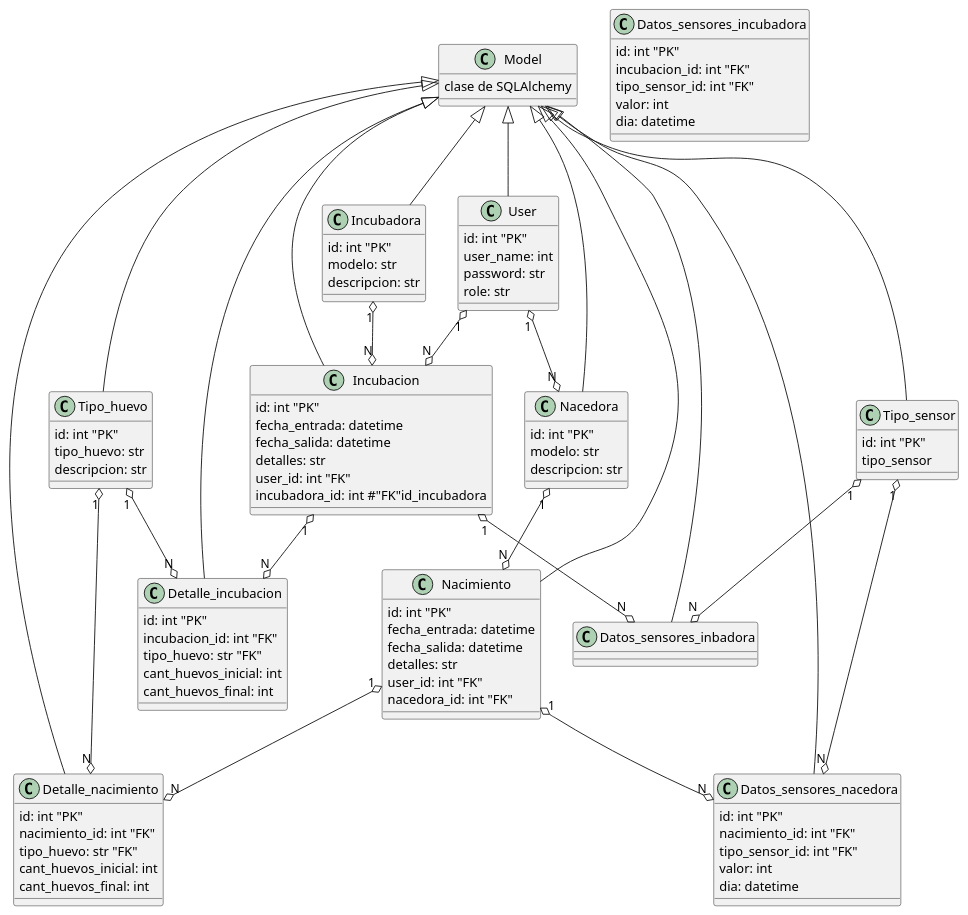
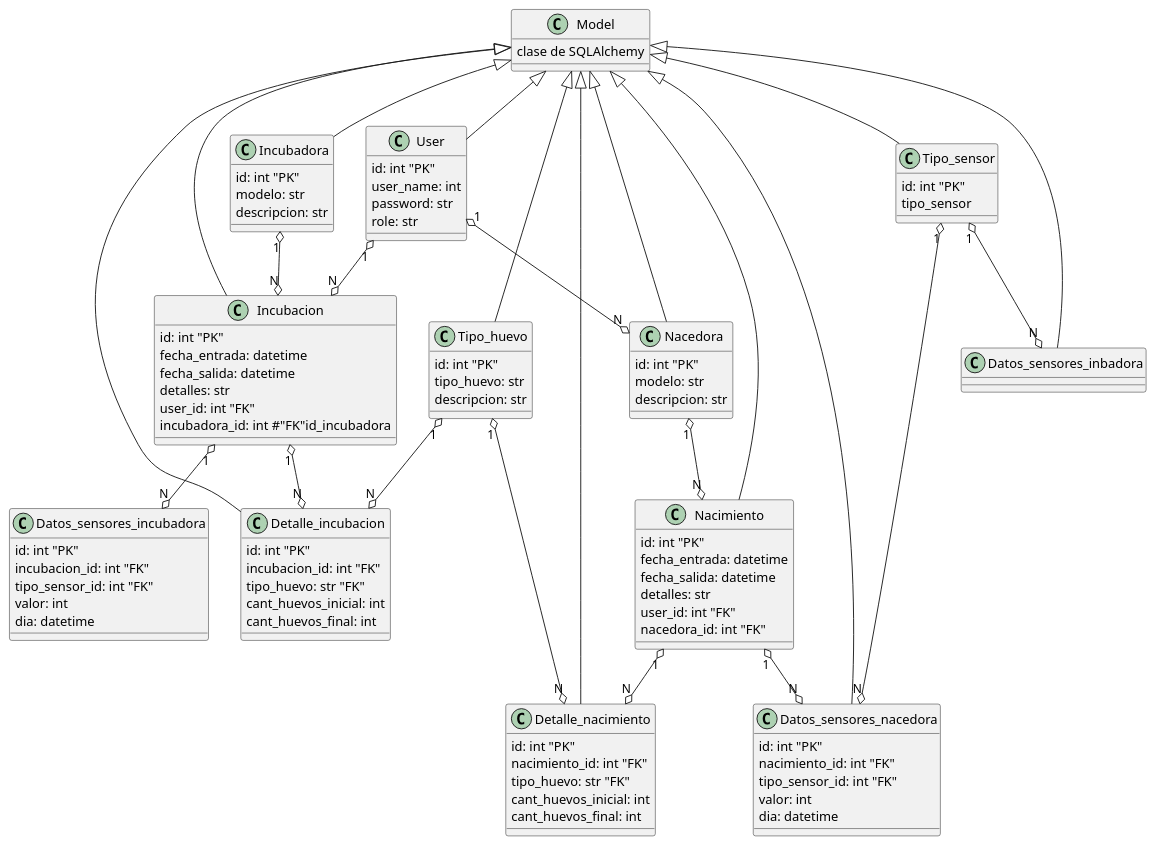
Before and after one commit to emisorato1/incubadora: the diagram in docs/diagrama_1.puml, drawn with PlantUML. The commit also changed 19 other files, not shown here.

```diff
--- a/docs/diagrama_1.puml
+++ b/docs/diagrama_1.puml
@@ -1,112 +1,112 @@
 @startuml Diagram de Clases
 class Model {
  clase de SQLAlchemy
 }
 
 Class User {
     id: int "PK"
     user_name: int
     password: str 
     role: str
 }
 
 Class Incubacion {
     id: int "PK"
     fecha_entrada: datetime 
     fecha_salida: datetime 
     detalles: str 
     user_id: int "FK"
     incubadora_id: int #"FK"id_incubadora
 }
 
 Class Incubadora {
     id: int "PK"
     modelo: str 
     descripcion: str
 }
 
 class Detalle_incubacion {
     id: int "PK"
     incubacion_id: int "FK"
     tipo_huevo: str "FK"
     cant_huevos_inicial: int 
     cant_huevos_final: int 
 }
 
 Class Datos_sensores_incubadora {
     id: int "PK"
     incubacion_id: int "FK"
     tipo_sensor_id: int "FK"
     valor: int
     dia: datetime
 }
 
 Class Tipo_sensor {
     id: int "PK"
     tipo_sensor
 }
 
 Class Tipo_huevo {
     id: int "PK"
     tipo_huevo: str
     descripcion: str
 }
 
 Class Nacimiento {
     id: int "PK"
     fecha_entrada: datetime 
     fecha_salida: datetime 
     detalles: str 
     user_id: int "FK"
     nacedora_id: int "FK"
 }
 
 Class Nacedora {
     id: int "PK"
     modelo: str 
     descripcion: str
 }
 
 class Detalle_nacimiento {
     id: int "PK"
     nacimiento_id: int "FK"
     tipo_huevo: str "FK"
     cant_huevos_inicial: int 
     cant_huevos_final: int 
 }
 
 Class Datos_sensores_nacedora {
     id: int "PK"
     nacimiento_id: int "FK"
     tipo_sensor_id: int "FK"
     valor: int
     dia: datetime
 }
 
 Model <|-- User
 Model <|-- Incubacion
 Model <|-- Incubadora
 Model <|-- Detalle_incubacion
 Model <|-- Datos_sensores_inbadora
 Model <|-- Tipo_sensor
 Model <|-- Tipo_huevo
 Model <|-- Nacimiento
 Model <|-- Nacedora
 Model <|-- Detalle_nacimiento
 Model <|-- Datos_sensores_nacedora
 
 User "1" o--o "N" Incubacion
 Incubadora "1" o--o "N" Incubacion
 Incubacion "1" o--o "N" Detalle_incubacion
-Incubacion "1" o--o "N" Datos_sensores_inbadora
+Incubacion "1" o--o "N" Datos_sensores_incubadora
 Tipo_huevo "1" o--o "N" Detalle_incubacion 
 Tipo_sensor "1" o--o "N" Datos_sensores_inbadora
 
 User "1" o--o "N" Nacedora
 Nacedora "1" o--o "N" Nacimiento
 Nacimiento "1" o--o "N" Detalle_nacimiento
 Nacimiento "1" o--o "N" Datos_sensores_nacedora
 Tipo_huevo "1" o--o "N" Detalle_nacimiento
 Tipo_sensor "1" o--o "N" Datos_sensores_nacedora
 
 @enduml
```
